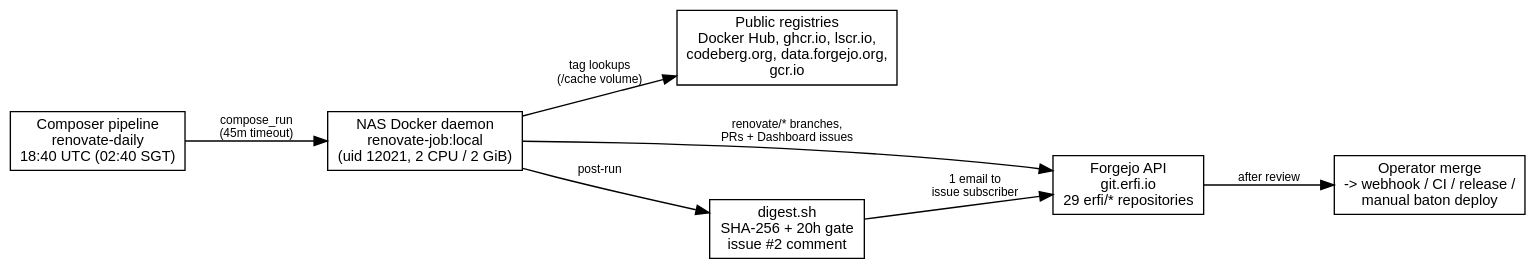
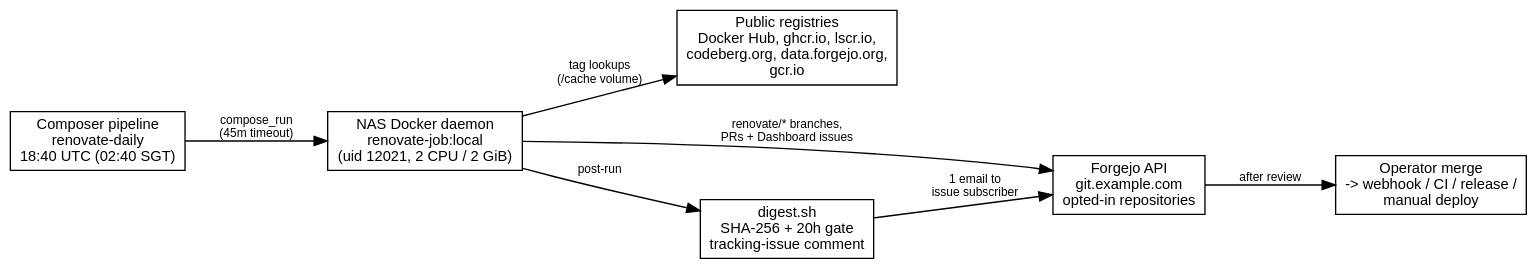
One commit to erfianugrah/lexicanum changed the first of 2 diagrams in src/content/docs/reference/self-hosted-renovate-forgejo.mdx. Above: the diagram before and after it, drawn with Graphviz. The commit also changed other lines of this file and 1 other file, not shown here.

````diff
--- a/src/content/docs/reference/self-hosted-renovate-forgejo.mdx
+++ b/src/content/docs/reference/self-hosted-renovate-forgejo.mdx
@@ -25,22 +25,22 @@
 ```dot
 digraph {
   rankdir=LR; bgcolor="transparent"; nodesep=0.3; ranksep=0.7;
   fontname="Helvetica,Arial,sans-serif";
   node [fontname="Helvetica,Arial,sans-serif", fontsize=11, shape=box];
   edge [fontname="Helvetica,Arial,sans-serif", fontsize=9];
 
   pipeline [label="Composer pipeline\nrenovate-daily\n18:40 UTC (02:40 SGT)"];
   job [label="NAS Docker daemon\nrenovate-job:local\n(uid 12021, 2 CPU / 2 GiB)"];
   reg [label="Public registries\nDocker Hub, ghcr.io, lscr.io,\ncodeberg.org, data.forgejo.org,\ngcr.io"];
-  forgejo [label="Forgejo API\ngit.erfi.io\n29 erfi/* repositories"];
-  digest [label="digest.sh\nSHA-256 + 20h gate\nissue #2 comment"];
-  deploy [label="Operator merge\n-> webhook / CI / release /\nmanual baton deploy"];
+  forgejo [label="Forgejo API\ngit.example.com\nopted-in repositories"];
+  digest [label="digest.sh\nSHA-256 + 20h gate\ntracking-issue comment"];
+  deploy [label="Operator merge\n-> webhook / CI / release /\nmanual deploy"];
 
   pipeline -> job [label="compose_run\n(45m timeout)"];
   job -> reg [label="tag lookups\n(/cache volume)"];
   job -> forgejo [label="renovate/* branches,\nPRs + Dashboard issues"];
   job -> digest [label="post-run"];
   digest -> forgejo [label="1 email to\nissue subscriber"];
   forgejo -> deploy [label="after review"];
 }
 ```
````
